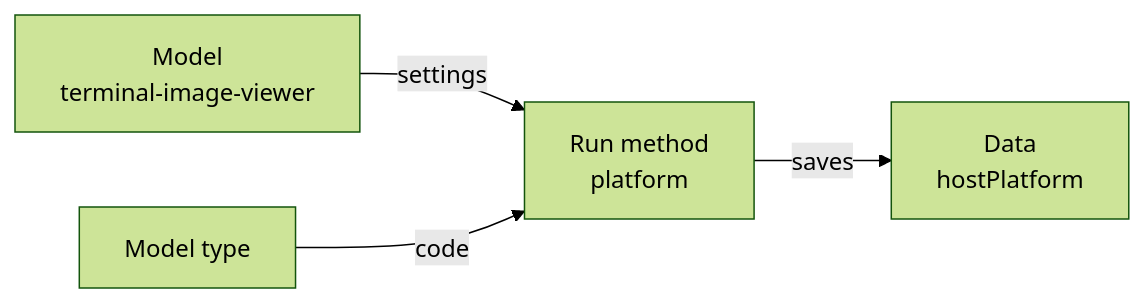
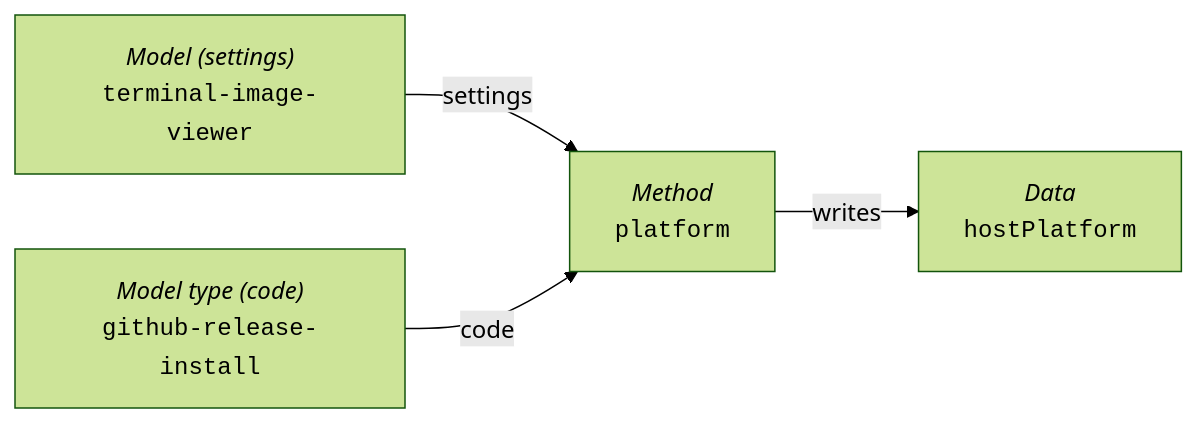
One commit to taylorific/swamp-training changed the first of 4 diagrams in slides.md. Above: the diagram before and after it, drawn with Mermaid (forest theme). The commit also changed other lines of this file, not shown here.

Commit message:
Clarify data section

````diff
--- a/slides.md
+++ b/slides.md
@@ -599,11 +622,11 @@
 ```mermaid {scale: 0.7}
 flowchart LR
-    M["Model<br/>terminal-image-viewer"]
-    T["Model type"]
-    R["Run method<br/>platform"]
-    D["Data<br/>hostPlatform"]
+    M["<i>Model (settings)</i><br/><code>terminal-image-viewer</code>"]
+    T["<i>Model type (code)</i><br/><code>github-release-install</code>"]
+    R["<i>Method</i><br/><code>platform</code>"]
+    D["<i>Data</i><br/><code>hostPlatform</code>"]
 
     M -->|"settings"| R
     T -->|"code"| R
-    R -->|"saves"| D
+    R -->|"writes"| D
 ```
````
